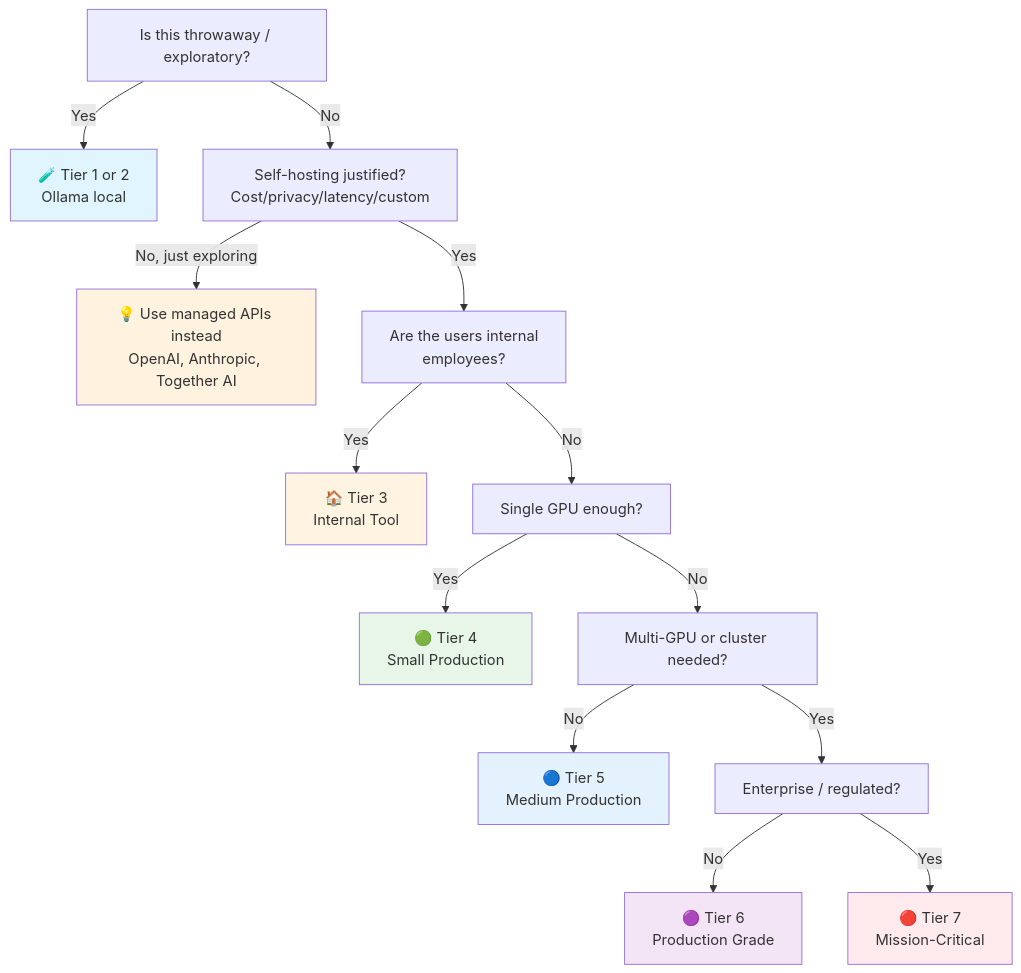
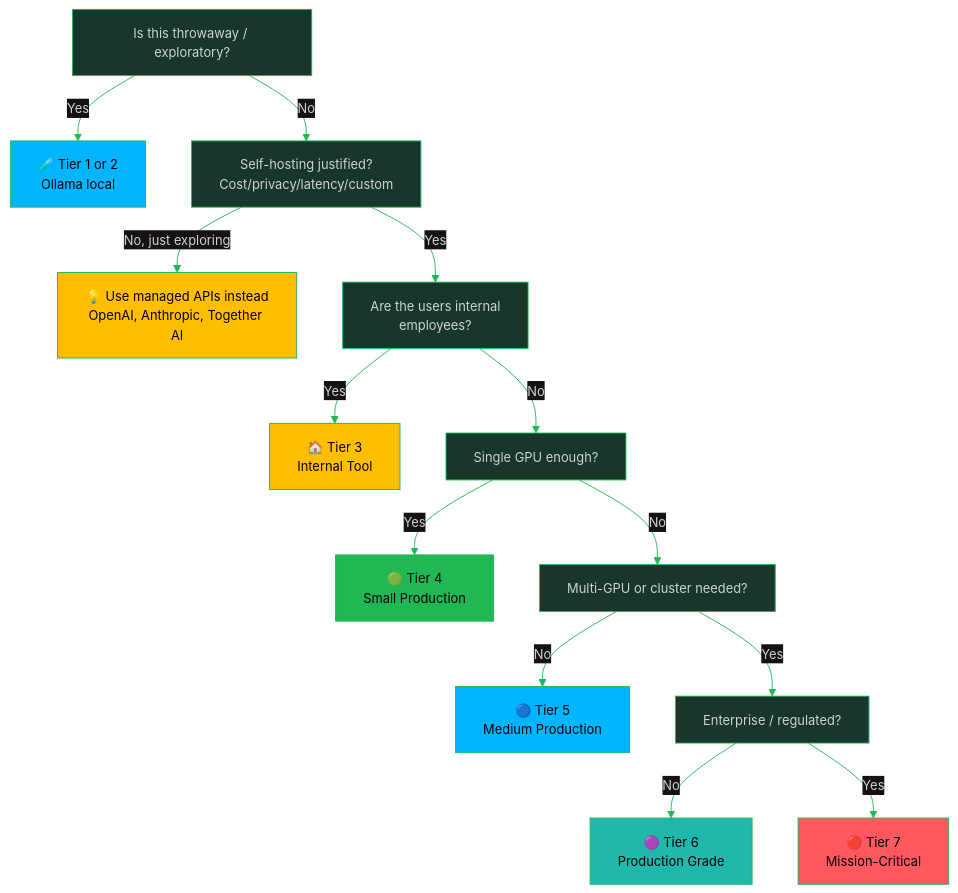
One commit to oat431/swe-knowledge changed the diagram in checklist/ai-checklist/ai-inference-serving.md. Above: the diagram before and after it, drawn with Mermaid. The commit also changed other lines of this file and 83 other files, not shown here.

````diff
--- a/checklist/ai-checklist/ai-inference-serving.md
+++ b/checklist/ai-checklist/ai-inference-serving.md
@@ -163,23 +163,24 @@
 ```mermaid
+%%{init: {'theme':'base','themeVariables':{'primaryColor':'#19362D','primaryTextColor':'#CDD3D1','primaryBorderColor':'#1FB854','lineColor':'#1FB854','secondaryColor':'#161212','tertiaryColor':'#1B1717','background':'#1B1717','mainBkg':'#19362D','nodeBorder':'#1FB854','clusterBkg':'#161212','clusterBorder':'#19362D','titleColor':'#1FB854','edgeLabelBackground':'#161212','fontSize':'14px'}}}%%
 flowchart TD
     A[Is this throwaway / exploratory?] -->|Yes| T1[🧪 Tier 1 or 2<br/>Ollama local]
     A -->|No| B[Self-hosting justified?<br/>Cost/privacy/latency/custom]
     B -->|No, just exploring| API[💡 Use managed APIs instead<br/>OpenAI, Anthropic, Together AI]
     B -->|Yes| C[Are the users internal<br/>employees?]
     C -->|Yes| T3[🏠 Tier 3<br/>Internal Tool]
     C -->|No| D[Single GPU enough?]
     D -->|Yes| T4[🟢 Tier 4<br/>Small Production]
     D -->|No| E[Multi-GPU or cluster needed?]
     E -->|No| T5[🔵 Tier 5<br/>Medium Production]
     E -->|Yes| F[Enterprise / regulated?]
     F -->|No| T6[🟣 Tier 6<br/>Production Grade]
     F -->|Yes| T7[🔴 Tier 7<br/>Mission-Critical]
     
-    style T1 fill:#e1f5ff
-    style API fill:#fff3e0
-    style T3 fill:#fff4e1
-    style T4 fill:#e8f5e9
-    style T5 fill:#e3f2fd
-    style T6 fill:#f3e5f5
-    style T7 fill:#ffebee
+    style T1 fill:#00B5FF,color:#000000
+    style API fill:#FFBE00,color:#000000
+    style T3 fill:#FFBE00,color:#000000
+    style T4 fill:#1FB854,color:#000000
+    style T5 fill:#00B5FF,color:#000000
+    style T6 fill:#1FB8AB,color:#000000
+    style T7 fill:#FF5861,color:#000000
 ```
````
